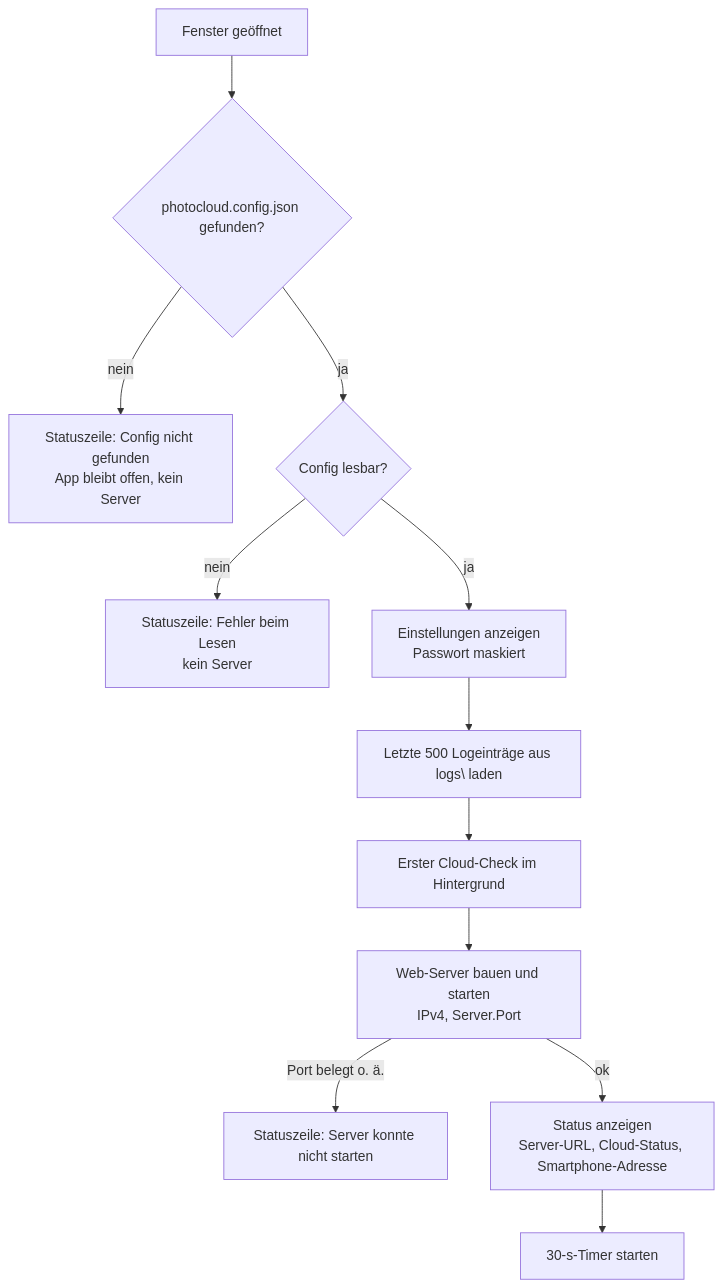
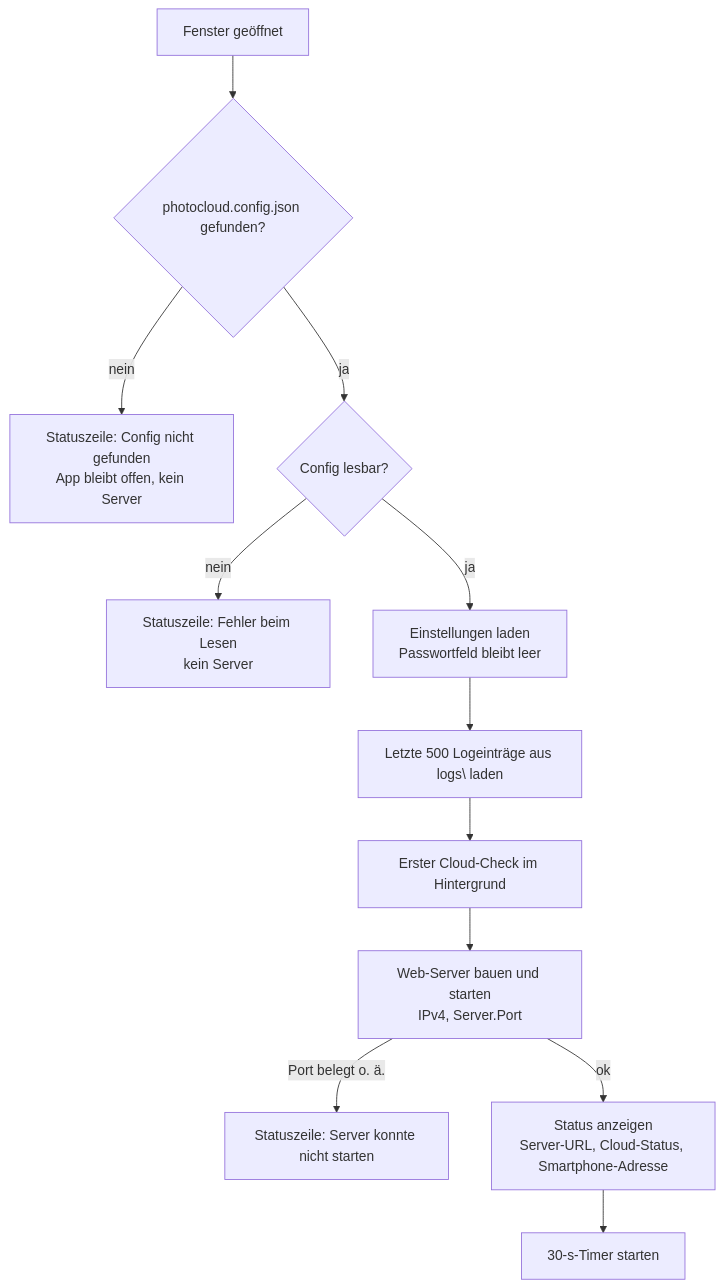
One commit to joehubi/photocloud changed the first of 2 diagrams in documentation/app-start-und-cloud-timer.md. Above: the diagram before and after it, drawn with Mermaid. The commit also changed other lines of this file and 10 other files, not shown here.

````diff
--- a/documentation/app-start-und-cloud-timer.md
+++ b/documentation/app-start-und-cloud-timer.md
@@ -10,14 +10,14 @@
 ```mermaid
 flowchart TD
     A[Fenster geöffnet] --> B{photocloud.config.json gefunden?}
     B -- nein --> E1[Statuszeile: Config nicht gefunden<br/>App bleibt offen, kein Server]
     B -- ja --> C{Config lesbar?}
     C -- nein --> E2[Statuszeile: Fehler beim Lesen<br/>kein Server]
-    C -- ja --> D[Einstellungen anzeigen<br/>Passwort maskiert]
+    C -- ja --> D[Einstellungen laden<br/>Passwortfeld bleibt leer]
     D --> F[Letzte 500 Logeinträge aus logs\ laden]
     F --> G[Erster Cloud-Check im Hintergrund]
     G --> H[Web-Server bauen und starten<br/>IPv4, Server.Port]
     H -- Port belegt o. ä. --> E3[Statuszeile: Server konnte nicht starten]
     H -- ok --> I[Status anzeigen<br/>Server-URL, Cloud-Status, Smartphone-Adresse]
     I --> J[30-s-Timer starten]
 ```
````
